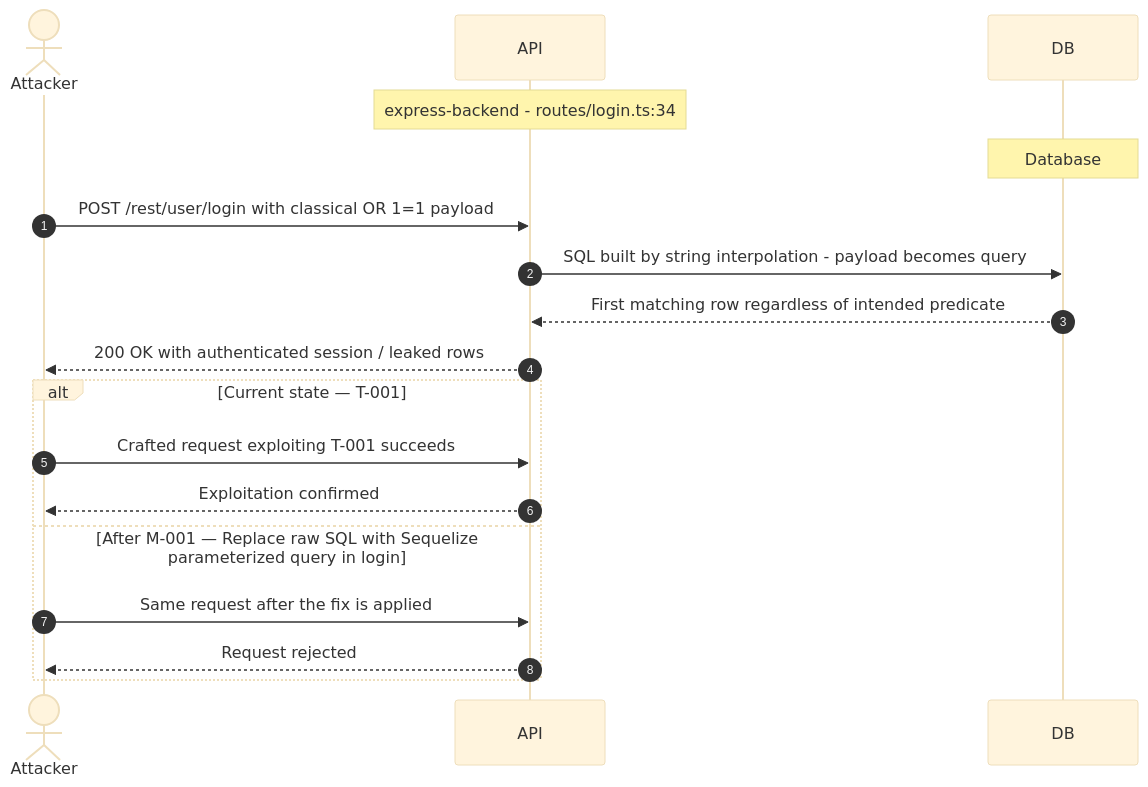
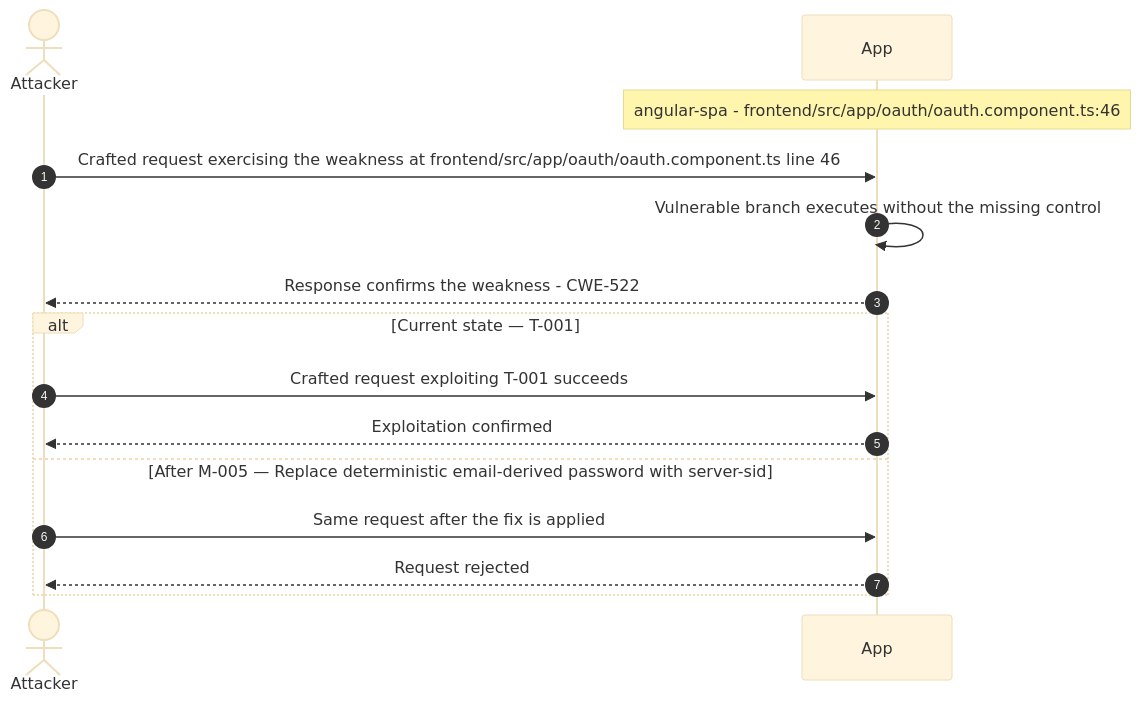
Before and after one commit to appsec-foundry/appsec-advisor: the eighth of 18 diagrams in examples/threat-modeler/threat-model-juice-shop-standard.md, drawn with Mermaid (base theme). The commit also changed other lines of this file and 44 other files, not shown here.

````diff
--- a/examples/threat-modeler/threat-model-juice-shop-standard.md
+++ b/examples/threat-modeler/threat-model-juice-shop-standard.md
@@ -511,20 +504,17 @@
 ```mermaid
 sequenceDiagram
     autonumber
     actor Attacker
-    participant API
-    participant DB
-    Note over API: express-backend - routes/login.ts:34
-    Note over DB: Database
-    Attacker->>API: POST /rest/user/login with classical OR 1=1 payload
-    API->>DB: SQL built by string interpolation - payload becomes query
-    DB-->>API: First matching row regardless of intended predicate
-    API-->>Attacker: 200 OK with authenticated session / leaked rows
+    participant App
+    Note over App: angular-spa - frontend/src/app/oauth/oauth.component.ts:46
+    Attacker->>App: Crafted request exercising the weakness at frontend/src/app/oauth/oauth.component.ts line 46
+    App->>App: Vulnerable branch executes without the missing control
+    App-->>Attacker: Response confirms the weakness - CWE-522
     alt Current state — T-001
-        Attacker->>API: Crafted request exploiting T-001 succeeds
-        API-->>Attacker: Exploitation confirmed
-    else After M-001 — Replace raw SQL with Sequelize parameterized query in login 
-        Attacker->>API: Same request after the fix is applied
-        API-->>Attacker: Request rejected
+        Attacker->>App: Crafted request exploiting T-001 succeeds
+        App-->>Attacker: Exploitation confirmed
+    else After M-005 — Replace deterministic email-derived password with server-sid
+        Attacker->>App: Same request after the fix is applied
+        App-->>Attacker: Request rejected
     end
 ```
````
